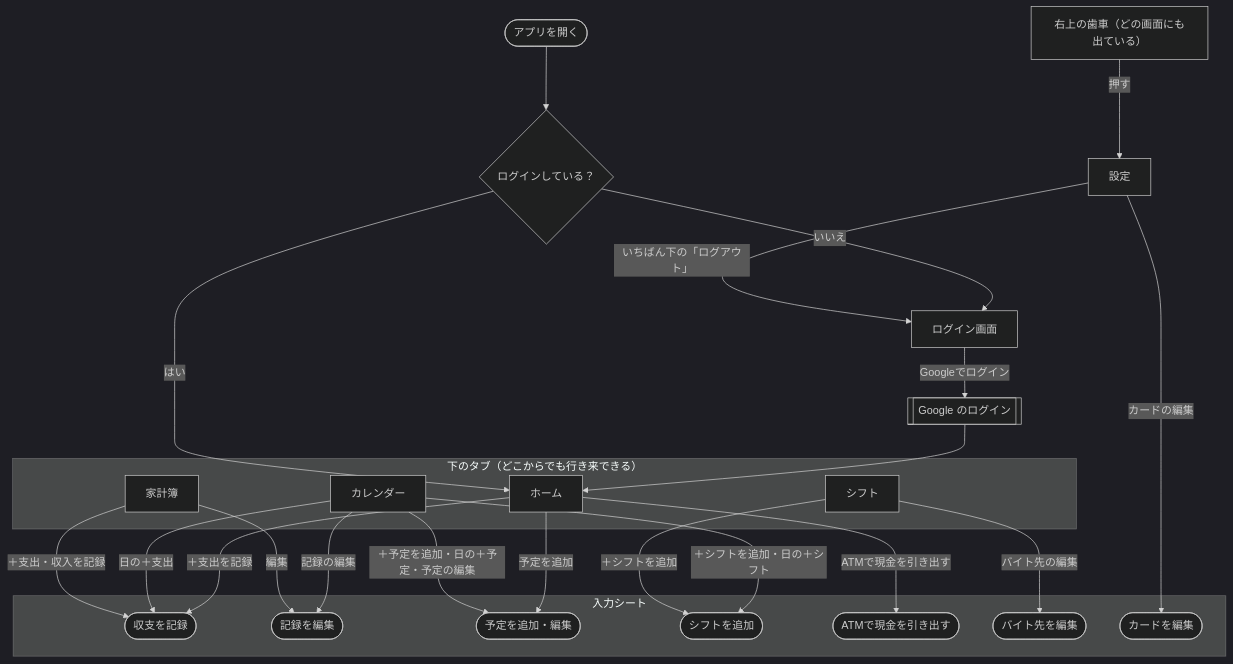
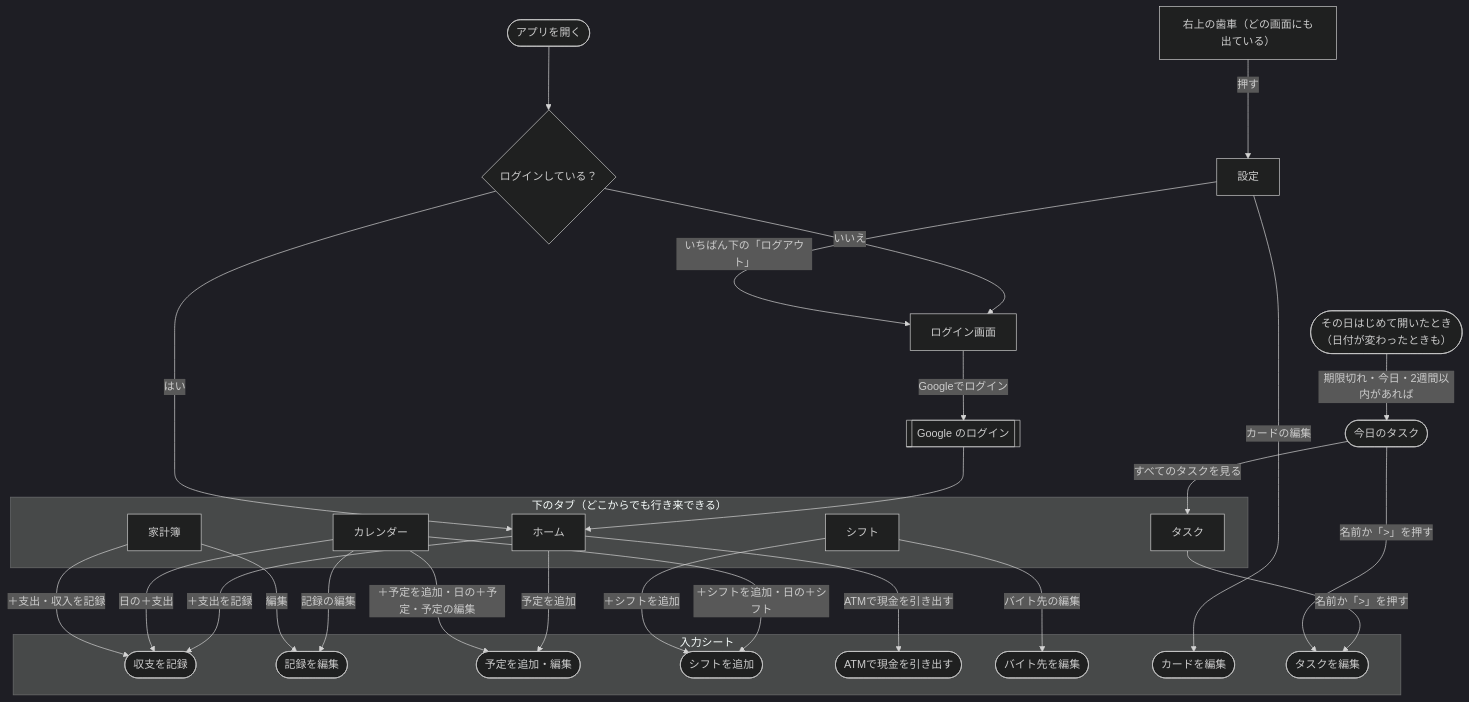
The first of 2 diagrams in docs/SCREENS.md (Keitaro0510/maney-app), drawn with Mermaid (dark theme) before and after one commit. The commit also changed other lines of this file and 6 other files, not shown here.

````diff
--- a/docs/SCREENS.md
+++ b/docs/SCREENS.md
@@ -18,46 +18,54 @@
 ```mermaid
 flowchart TD
   start(["アプリを開く"]) --> auth{"ログインしている？"}
   auth -- "いいえ" --> login["ログイン画面"]
   login -- "Googleでログイン" --> google[["Google のログイン"]]
   google --> home
   auth -- "はい" --> home
 
   subgraph tabs["下のタブ（どこからでも行き来できる）"]
     home["ホーム"]
     cal["カレンダー"]
     ldg["家計簿"]
     shift["シフト"]
+    task["タスク"]
   end
+
+  start2(["その日はじめて開いたとき<br>（日付が変わったときも）"]) -- "期限切れ・今日・2週間以内があれば" --> sStartup(["今日のタスク"])
+  sStartup -- "すべてのタスクを見る" --> task
 
   gear["右上の歯車（どの画面にも出ている）"] -- "押す" --> set["設定"]
 
   subgraph sheets["入力シート"]
     sLdg(["収支を記録"])
     sLde(["記録を編集"])
     sPlan(["予定を追加・編集"])
     sShift(["シフトを追加"])
     sAtm(["ATMで現金を引き出す"])
     sJob(["バイト先を編集"])
     sCard(["カードを編集"])
+    sTask(["タスクを編集"])
   end
 
   home -- "＋支出を記録" --> sLdg
   home -- "予定を追加" --> sPlan
   home -- "ATMで現金を引き出す" --> sAtm
 
   cal -- "＋シフトを追加・日の＋シフト" --> sShift
   cal -- "＋予定を追加・日の＋予定・予定の編集" --> sPlan
   cal -- "日の＋支出" --> sLdg
   cal -- "記録の編集" --> sLde
 
   ldg -- "＋支出・収入を記録" --> sLdg
   ldg -- "編集" --> sLde
 
   shift -- "＋シフトを追加" --> sShift
   shift -- "バイト先の編集" --> sJob
 
+  task -- "名前か「>」を押す" --> sTask
+  sStartup -- "名前か「>」を押す" --> sTask
+
   set -- "カードの編集" --> sCard
 
   set -- "いちばん下の「ログアウト」" --> login
 ```
````
